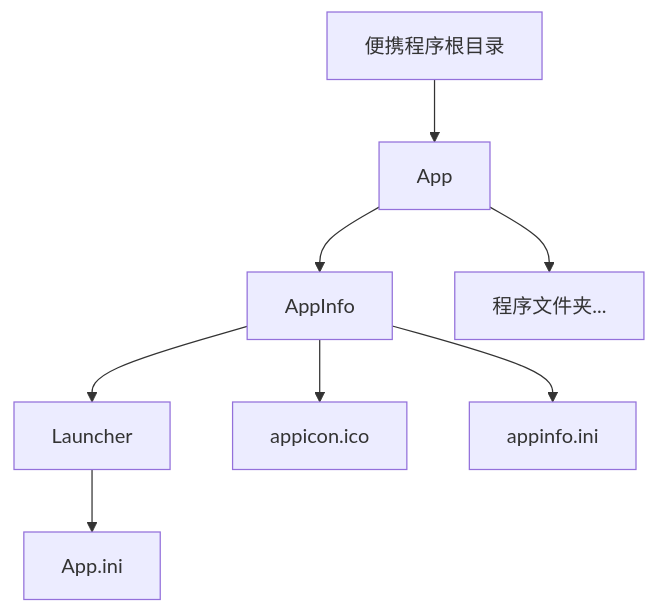
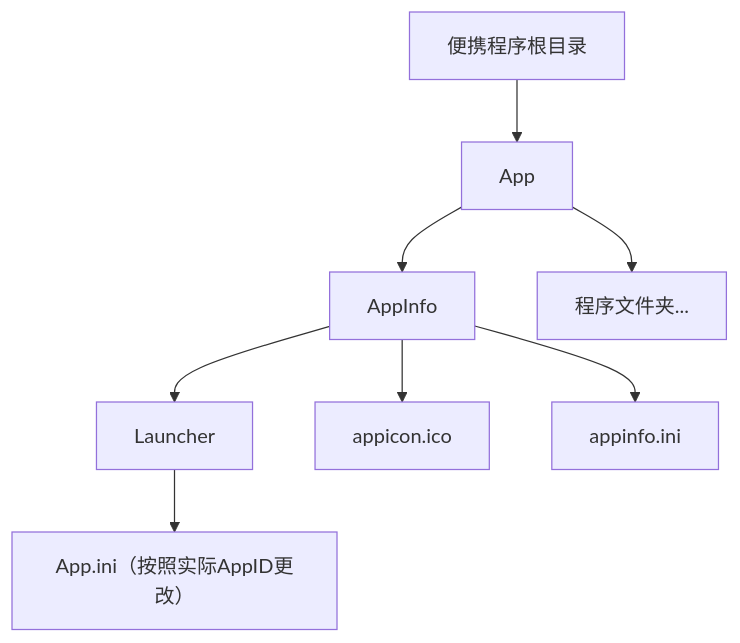
One commit to PZJPZJPZJ/InfPage changed the diagram in src/wiki/portable-apps.md. Above: the diagram before and after it, drawn with Mermaid. The commit also changed other lines of this file, not shown here.

````diff
--- a/src/wiki/portable-apps.md
+++ b/src/wiki/portable-apps.md
@@ -6,10 +6,10 @@
 ```mermaid
 graph TD
     Root[便携程序根目录] --> App
     App --> AppInfo
     AppInfo --> Launcher
-    Launcher --> App.ini
+    Launcher --> App.ini[App.ini（按照实际AppID更改）]
     AppInfo --> appicon.ico
     AppInfo --> appinfo.ini
     App --> Others[程序文件夹...]
 ```
````
